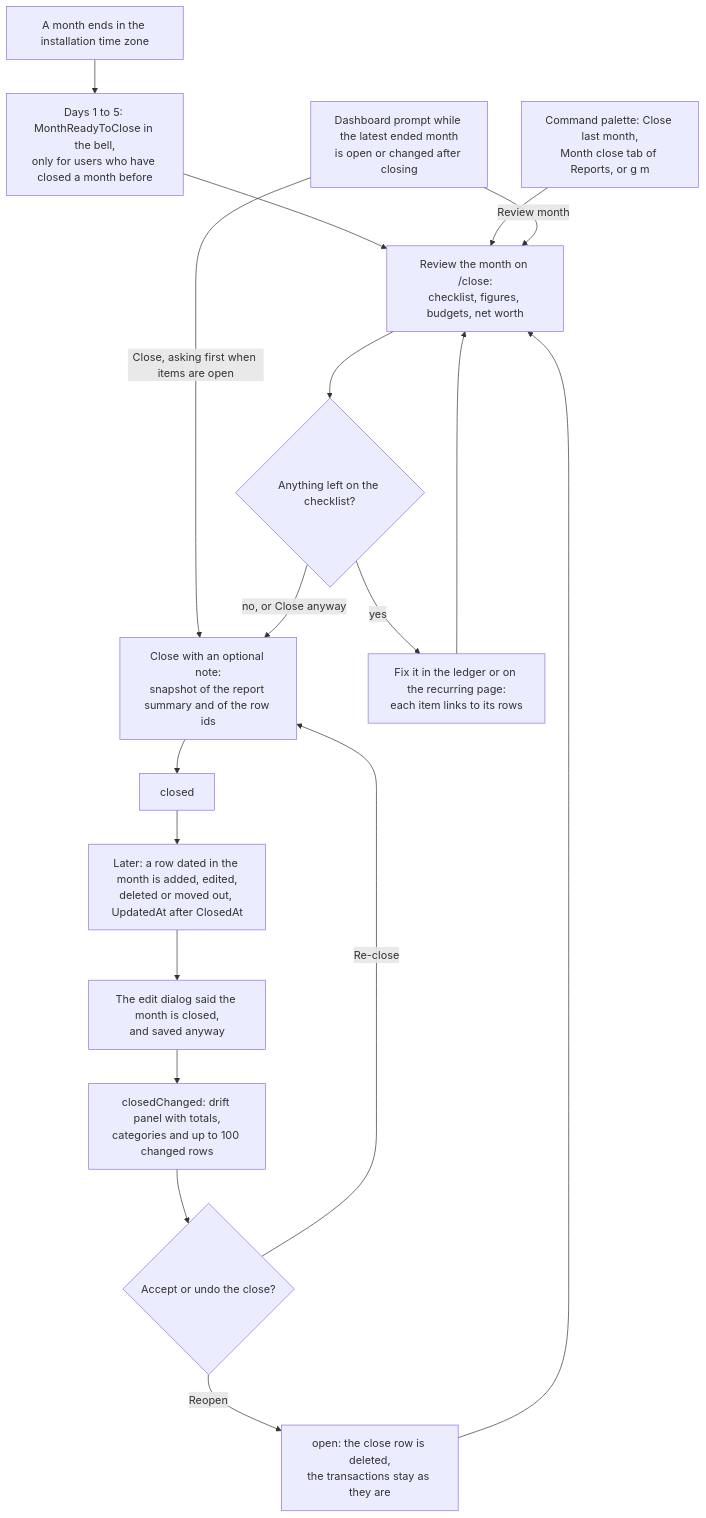
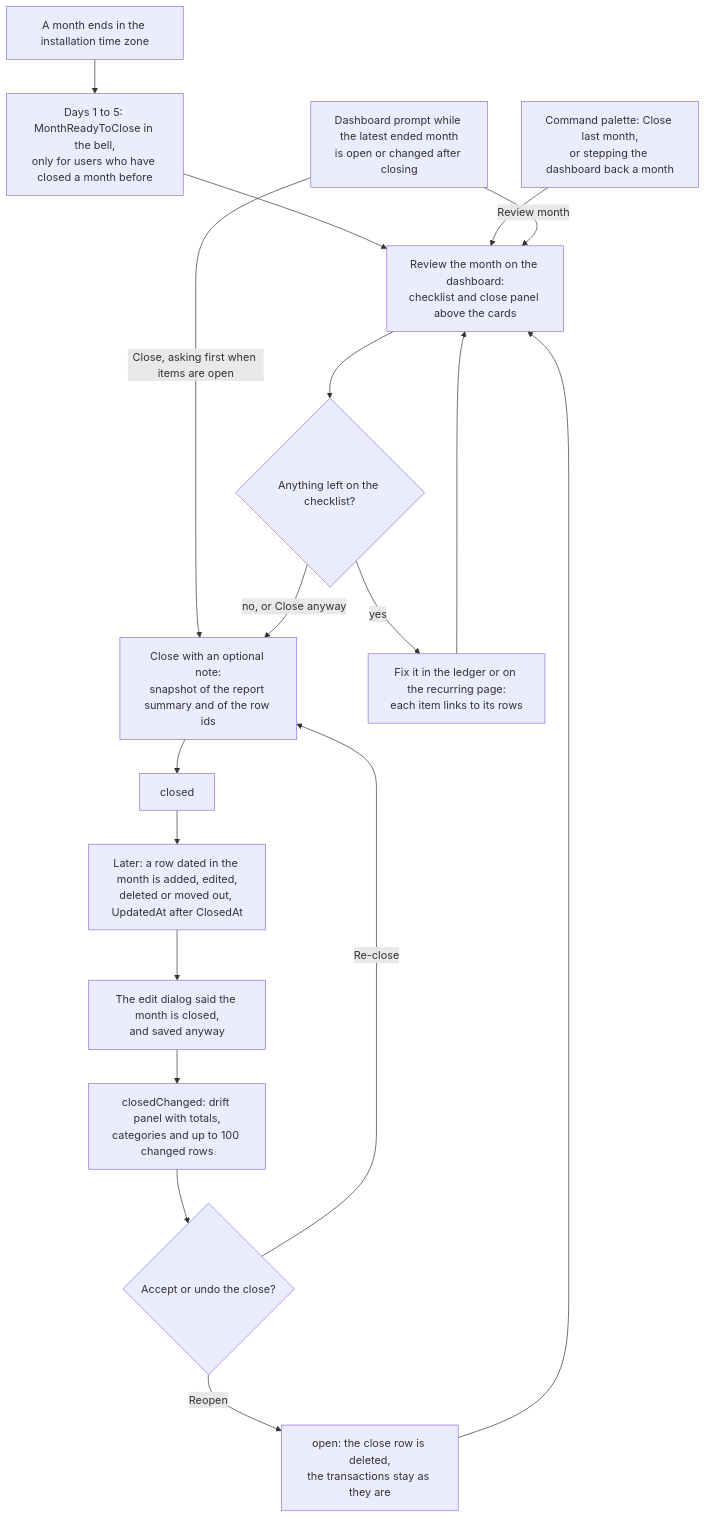
One commit to Justxs/Jx-Finance changed the first of 2 diagrams in docs/features/month-end-close.md. Above: the diagram before and after it, drawn with Mermaid. The commit also changed other lines of this file and 180 other files, not shown here.

First line of the commit message:
refactor: remove reports and close routes, update navigation and dashboard schemas

````diff
--- a/docs/features/month-end-close.md
+++ b/docs/features/month-end-close.md
@@ -11,20 +11,20 @@
 ```mermaid
 flowchart TD
     Ended["A month ends in the installation time zone"] --> Remind["Days 1 to 5: MonthReadyToClose in the bell,<br/>only for users who have closed a month before"]
     Remind --> Review
-    Palette["Command palette: Close last month,<br/>Month close tab of Reports, or g m"] --> Review
+    Palette["Command palette: Close last month,<br/>or stepping the dashboard back a month"] --> Review
     Prompt["Dashboard prompt while the latest ended month<br/>is open or changed after closing"] -->|"Review month"| Review
     Prompt -->|"Close, asking first when items are open"| Close
-    Review["Review the month on /close:<br/>checklist, figures, budgets, net worth"] --> Items{"Anything left on the checklist?"}
+    Review["Review the month on the dashboard:<br/>checklist and close panel above the cards"] --> Items{"Anything left on the checklist?"}
     Items -->|"yes"| Fix["Fix it in the ledger or on the recurring page:<br/>each item links to its rows"]
     Fix --> Review
     Items -->|"no, or Close anyway"| Close["Close with an optional note:<br/>snapshot of the report summary and of the row ids"]
     Close --> Closed["closed"]
     Closed --> Edit["Later: a row dated in the month is added, edited,<br/>deleted or moved out, UpdatedAt after ClosedAt"]
     Edit --> Hint["The edit dialog said the month is closed,<br/>and saved anyway"]
     Hint --> Changed["closedChanged: drift panel with totals,<br/>categories and up to 100 changed rows"]
     Changed --> Choice{"Accept or undo the close?"}
     Choice -->|"Re-close"| Close
     Choice -->|"Reopen"| Open["open: the close row is deleted,<br/>the transactions stay as they are"]
     Open --> Review
 ```
````
